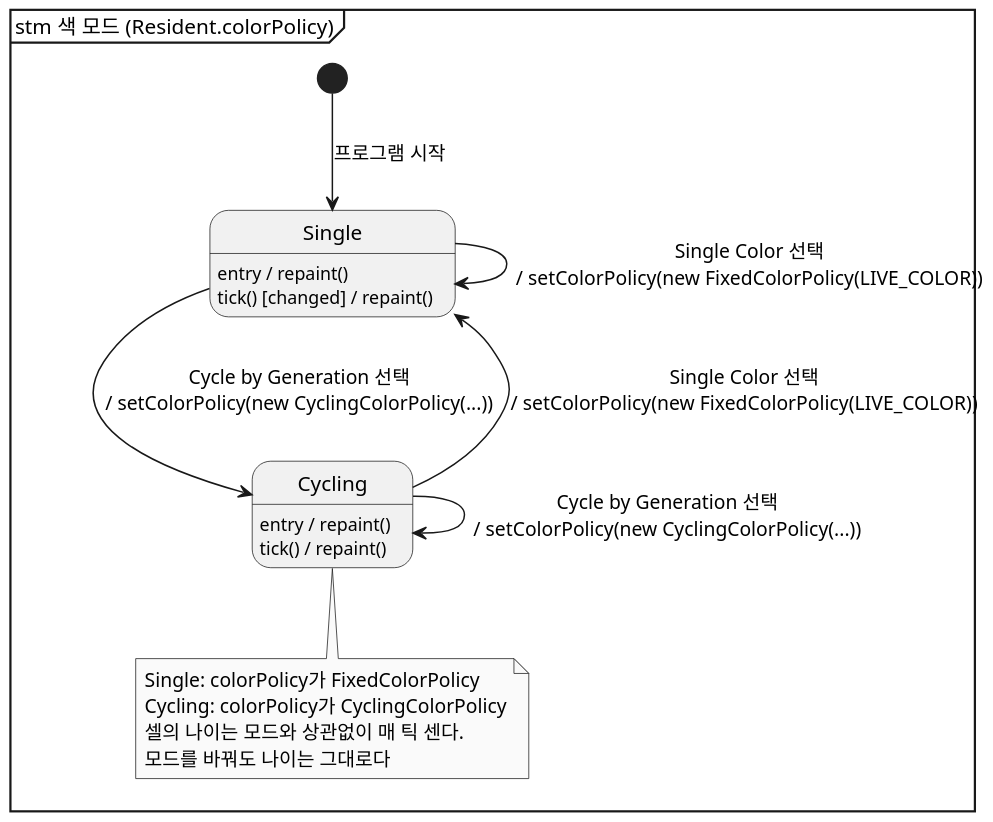
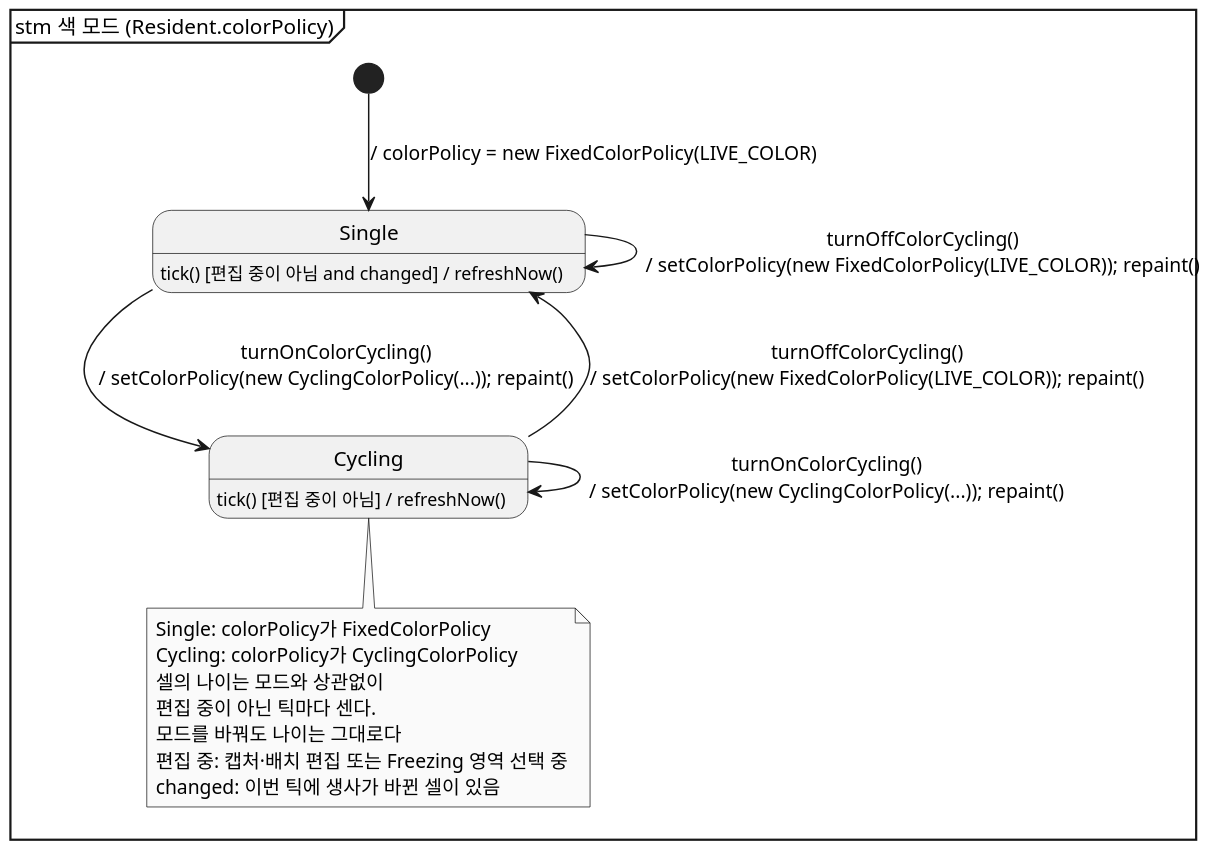
Before and after one commit to mckimR1972/DP_team_project: the diagram in docs/color-gen/diagrams/state-color-mode.puml, drawn with PlantUML. The commit also changed 4 other files, not shown here.

Commit message:
docs: 상태 다이어그램을 강의 표기와 로컬 코드에 맞게 고치고 이벤트를 시스템 연산 이름으로 통일

```diff
--- a/docs/color-gen/diagrams/state-color-mode.puml
+++ b/docs/color-gen/diagrams/state-color-mode.puml
@@ -1,30 +1,28 @@
 @startuml state-color-mode
 skinparam monochrome true
 skinparam dpi 150
 skinparam shadowing false
 skinparam defaultFontName "Malgun Gothic"
 hide empty description
 mainframe stm 색 모드 (Resident.colorPolicy)
 
-state "Single Color" as Single
-state Single : entry / repaint()
-state Single : tick() [changed] / repaint()
+state Single : tick() [편집 중이 아님 and changed] / refreshNow()
+state Cycling : tick() [편집 중이 아님] / refreshNow()
 
-state "Cycle by Generation" as Cycling
-state Cycling : entry / repaint()
-state Cycling : tick() / repaint()
+[*] --> Single : / colorPolicy = new FixedColorPolicy(LIVE_COLOR)
 
-[*] --> Single : 프로그램 시작
-
-Single --> Cycling : Cycle by Generation 선택\n/ setColorPolicy(new CyclingColorPolicy(...))
-Cycling --> Single : Single Color 선택\n/ setColorPolicy(new FixedColorPolicy(LIVE_COLOR))
-Single --> Single : Single Color 선택\n/ setColorPolicy(new FixedColorPolicy(LIVE_COLOR))
-Cycling --> Cycling : Cycle by Generation 선택\n/ setColorPolicy(new CyclingColorPolicy(...))
+Single --> Cycling : turnOnColorCycling()\n/ setColorPolicy(new CyclingColorPolicy(...)); repaint()
+Cycling --> Single : turnOffColorCycling()\n/ setColorPolicy(new FixedColorPolicy(LIVE_COLOR)); repaint()
+Single --> Single : turnOffColorCycling()\n/ setColorPolicy(new FixedColorPolicy(LIVE_COLOR)); repaint()
+Cycling --> Cycling : turnOnColorCycling()\n/ setColorPolicy(new CyclingColorPolicy(...)); repaint()
 
 note bottom of Cycling
   Single: colorPolicy가 FixedColorPolicy
   Cycling: colorPolicy가 CyclingColorPolicy
-  셀의 나이는 모드와 상관없이 매 틱 센다.
+  셀의 나이는 모드와 상관없이
+  편집 중이 아닌 틱마다 센다.
   모드를 바꿔도 나이는 그대로다
+  편집 중: 캡처·배치 편집 또는 Freezing 영역 선택 중
+  changed: 이번 틱에 생사가 바뀐 셀이 있음
 end note
 @enduml
```
